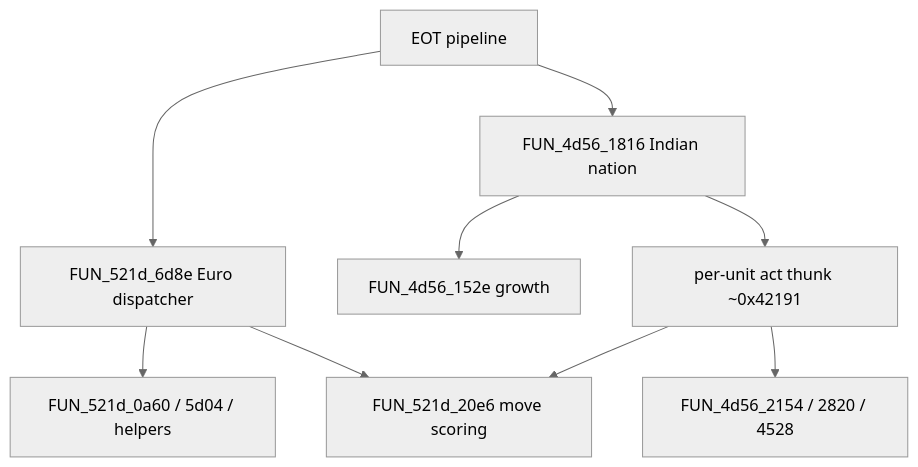
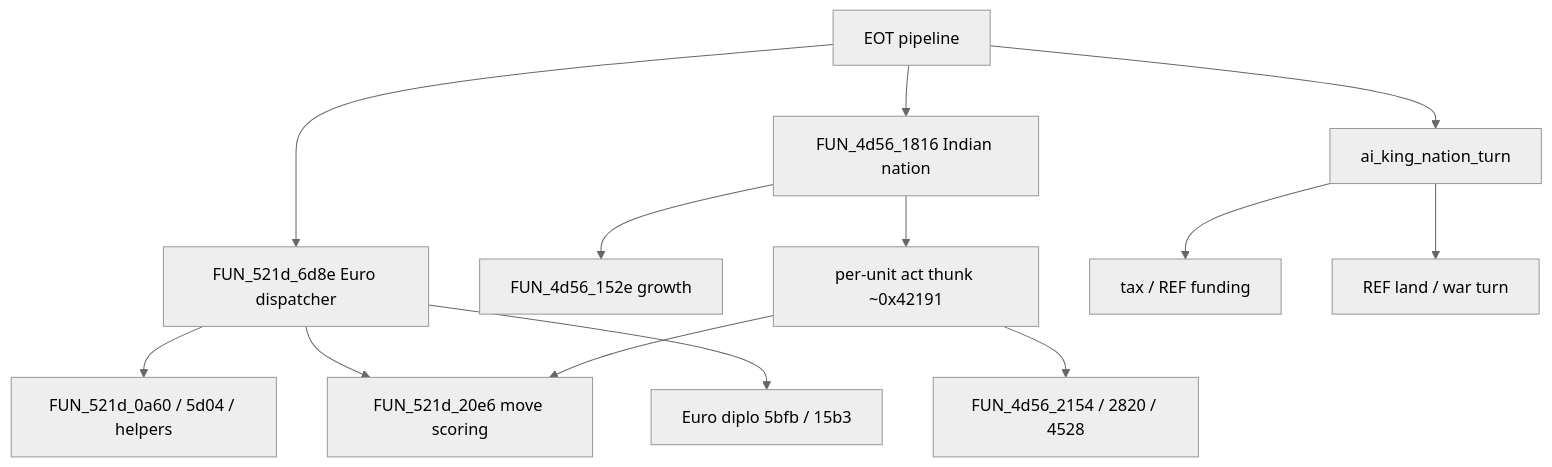
One commit to AbuDhabi/linux-colonize changed the diagram in docs/ai_transcription.md. Above: the diagram before and after it, drawn with Mermaid (neutral theme). The commit also changed other lines of this file and 20 other files, not shown here.

````diff
--- a/docs/ai_transcription.md
+++ b/docs/ai_transcription.md
@@ -60,11 +67,15 @@
 ```mermaid
 flowchart TD
   eot[EOT pipeline] --> euro[FUN_521d_6d8e Euro dispatcher]
   eot --> indian[FUN_4d56_1816 Indian nation]
+  eot --> king[ai_king_nation_turn]
   euro --> goals[FUN_521d_0a60 / 5d04 / helpers]
   euro --> score[FUN_521d_20e6 move scoring]
+  euro --> diplo[Euro diplo 5bfb / 15b3]
   indian --> growth[FUN_4d56_152e growth]
   indian --> unitAct["per-unit act thunk ~0x42191"]
   unitAct --> score
   unitAct --> raids[FUN_4d56_2154 / 2820 / 4528]
+  king --> tax[tax / REF funding]
+  king --> ref[REF land / war turn]
 ```
````
